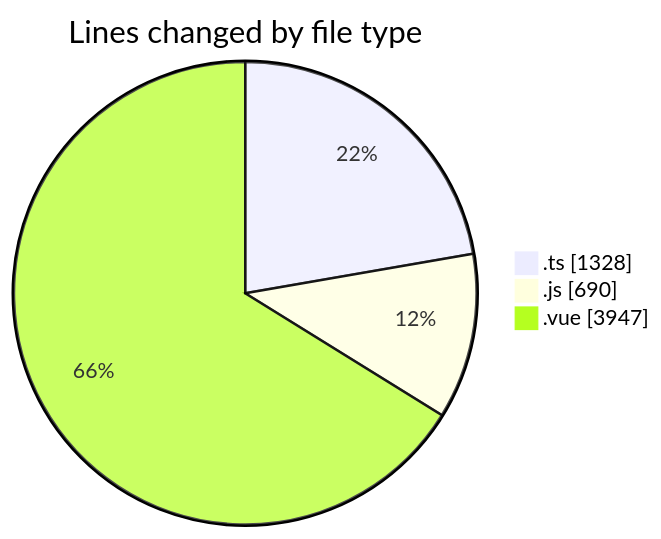
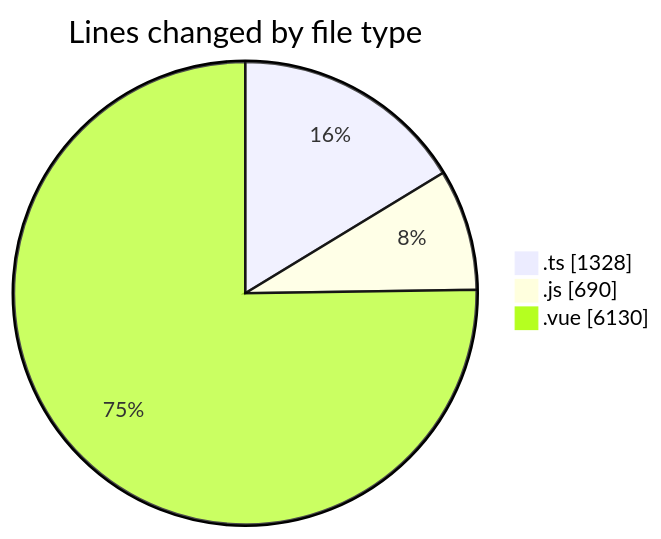
The first of 2 diagrams in 2025-08-16/rentotp/README.md (lephambinh05/code-tracking), drawn with Mermaid before and after one commit. The commit also changed other lines of this file and 1 other file, not shown here.

````diff
--- a/2025-08-16/rentotp/README.md
+++ b/2025-08-16/rentotp/README.md
@@ -38,7 +38,7 @@
 ```mermaid
 pie showData
 title Lines changed by file type
 ".ts" : 1328
 ".js" : 690
-".vue" : 3947
+".vue" : 6130
 ```
````
